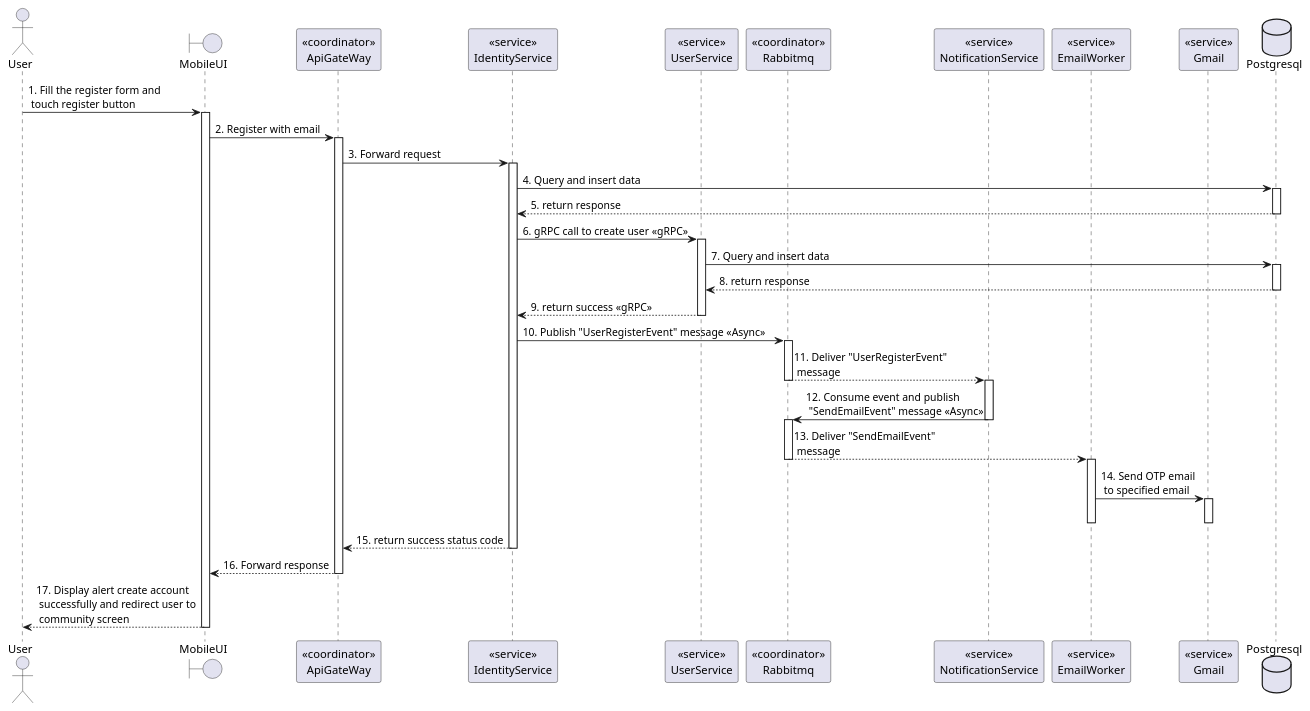
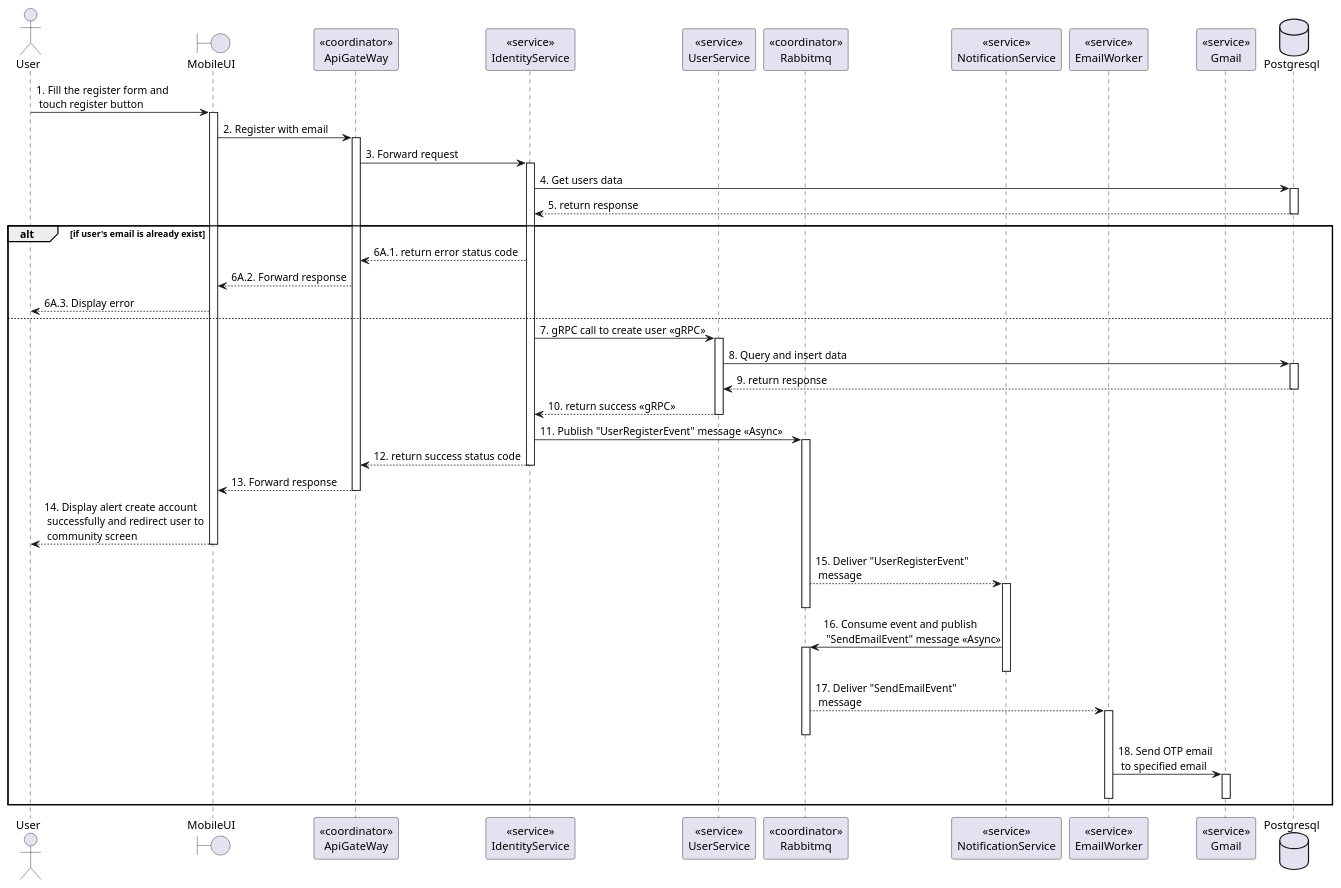
One commit to Carl-Johnsons/tastopia changed the diagram in doc/SDS/Identity/Register/Sequence.plantuml. Above: the diagram before and after it, drawn with PlantUML. The commit also changed 4 other files, not shown here.

Commit message:
doc: update identity sequence

```diff
--- a/doc/SDS/Identity/Register/Sequence.plantuml
+++ b/doc/SDS/Identity/Register/Sequence.plantuml
@@ -1,60 +1,45 @@
 @startuml Register
 actor User
 boundary MobileUI
 participant "<<coordinator>>\nApiGateWay" as ApiGateway
 participant "<<service>>\nIdentityService" as IdentityService
 participant "<<service>>\nUserService"  as UserService
 participant "<<coordinator>>\nRabbitmq"  as Rabbitmq
 participant "<<service>>\nNotificationService" as NotificationService
 participant "<<service>>\nEmailWorker" as EmailWorker
 participant "<<service>>\nGmail" as Gmail
+database Postgresql
 
-database Postgresql
-User -> MobileUI: 1. Fill the register form and \n touch register button
-activate MobileUI
+User -> MobileUI++: 1. Fill the register form and \n touch register button
+MobileUI -> ApiGateway++: 2. Register with email
+ApiGateway -> IdentityService++: 3. Forward request
+IdentityService -> Postgresql++: 4. Get users data
+IdentityService <-- Postgresql--: 5. return response
 
-MobileUI -> ApiGateway: 2. Register with email
-activate ApiGateway
+alt if user's email is already exist
+    ApiGateway <-- IdentityService: 6A.1. return error status code
+    MobileUI <-- ApiGateway: 6A.2. Forward response
+    User <-- MobileUI: 6A.3. Display error
+else
+    IdentityService -> UserService++: 7. gRPC call to create user <<gRPC>>
+    UserService -> Postgresql++: 8. Query and insert data
+    UserService <-- Postgresql--: 9. return response
+    IdentityService <-- UserService--: 10. return success <<gRPC>>
 
-ApiGateway -> IdentityService: 3. Forward request
-activate IdentityService
+    IdentityService -> Rabbitmq++: 11. Publish "UserRegisterEvent" message <<Async>>
+    ApiGateway <-- IdentityService--: 12. return success status code
+    MobileUI <-- ApiGateway--: 13. Forward response
+    User <-- MobileUI--: 14. Display alert create account\n successfully and redirect user to\n community screen
 
-database Postgresql
-IdentityService -> Postgresql: 4. Query and insert data
-activate Postgresql
-IdentityService <-- Postgresql: 5. return response
-deactivate Postgresql
-
-IdentityService -> UserService: 6. gRPC call to create user <<gRPC>>
-activate UserService
-UserService -> Postgresql: 7. Query and insert data
-activate Postgresql
-UserService <-- Postgresql: 8. return response
-deactivate Postgresql
-IdentityService <-- UserService: 9. return success <<gRPC>>
-deactivate UserService
-
-IdentityService -> Rabbitmq: 10. Publish "UserRegisterEvent" message <<Async>>
-activate Rabbitmq
-Rabbitmq --> NotificationService: 11. Deliver "UserRegisterEvent"\n message
-deactivate Rabbitmq
-activate NotificationService
-NotificationService -> Rabbitmq: 12. Consume event and publish \n "SendEmailEvent" message <<Async>>
-deactivate NotificationService
-activate Rabbitmq
-Rabbitmq --> EmailWorker: 13. Deliver "SendEmailEvent"\n message
-deactivate Rabbitmq
-activate EmailWorker
-EmailWorker -> Gmail: 14. Send OTP email\n to specified email
-activate Gmail
-deactivate EmailWorker
-deactivate Gmail
-
-ApiGateway <-- IdentityService: 15. return success status code
-deactivate IdentityService
-MobileUI <-- ApiGateway: 16. Forward response
-deactivate ApiGateway
-User <-- MobileUI: 17. Display alert create account\n successfully and redirect user to\n community screen
-deactivate MobileUI
+    Rabbitmq --> NotificationService++: 15. Deliver "UserRegisterEvent"\n message
+    deactivate Rabbitmq
+    NotificationService -> Rabbitmq++: 16. Consume event and publish \n "SendEmailEvent" message <<Async>>
+    deactivate NotificationService
+    Rabbitmq --> EmailWorker++: 17. Deliver "SendEmailEvent"\n message
+    deactivate Rabbitmq
+    EmailWorker -> Gmail++: 18. Send OTP email\n to specified email
+    deactivate EmailWorker
+    deactivate Gmail
+end
 
 @enduml
```
